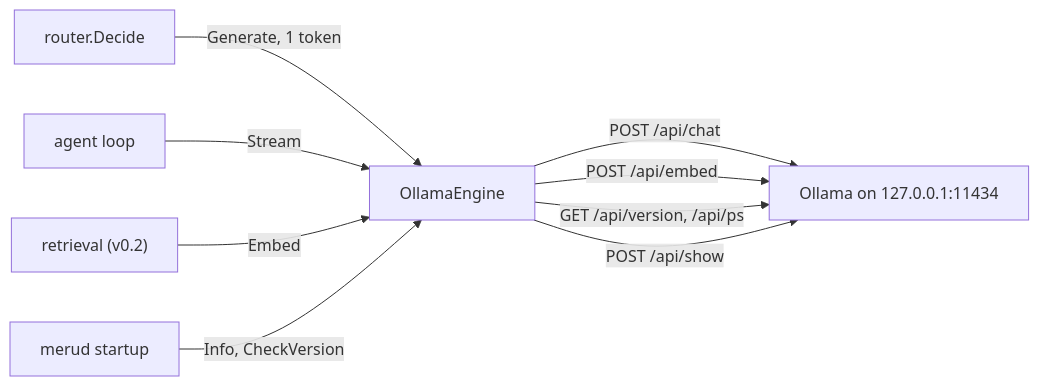
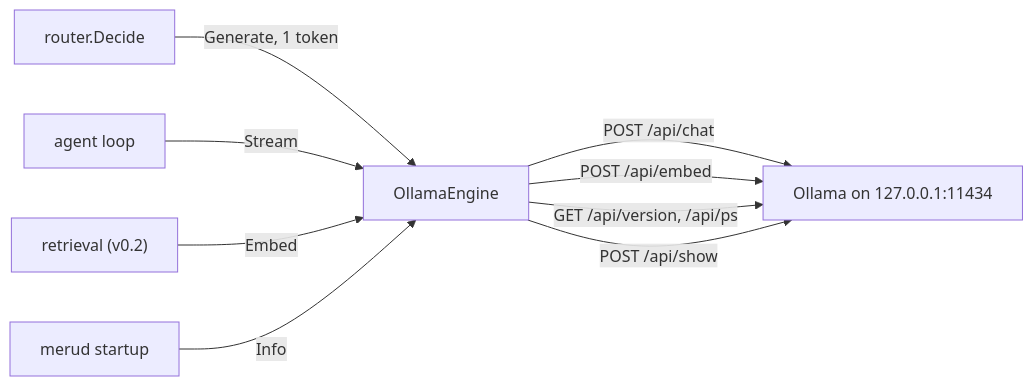
One commit to aarora79/meru changed the diagram in docs/coding-notes/engine.md. Above: the diagram before and after it, drawn with Mermaid. The commit also changed other lines of this file and 43 other files, not shown here.

````diff
--- a/docs/coding-notes/engine.md
+++ b/docs/coding-notes/engine.md
@@ -20,11 +20,11 @@
 ```mermaid
 flowchart LR
     router["router.Decide"] -->|Generate, 1 token| E
     agent["agent loop"] -->|Stream| E
     retrieval["retrieval (v0.2)"] -->|Embed| E
-    merud["merud startup"] -->|Info, CheckVersion| E
+    merud["merud startup"] -->|Info| E
     E["OllamaEngine"] -->|POST /api/chat| O["Ollama on 127.0.0.1:11434"]
     E -->|POST /api/embed| O
     E -->|GET /api/version, /api/ps| O
     E -->|POST /api/show| O
 ```
````
